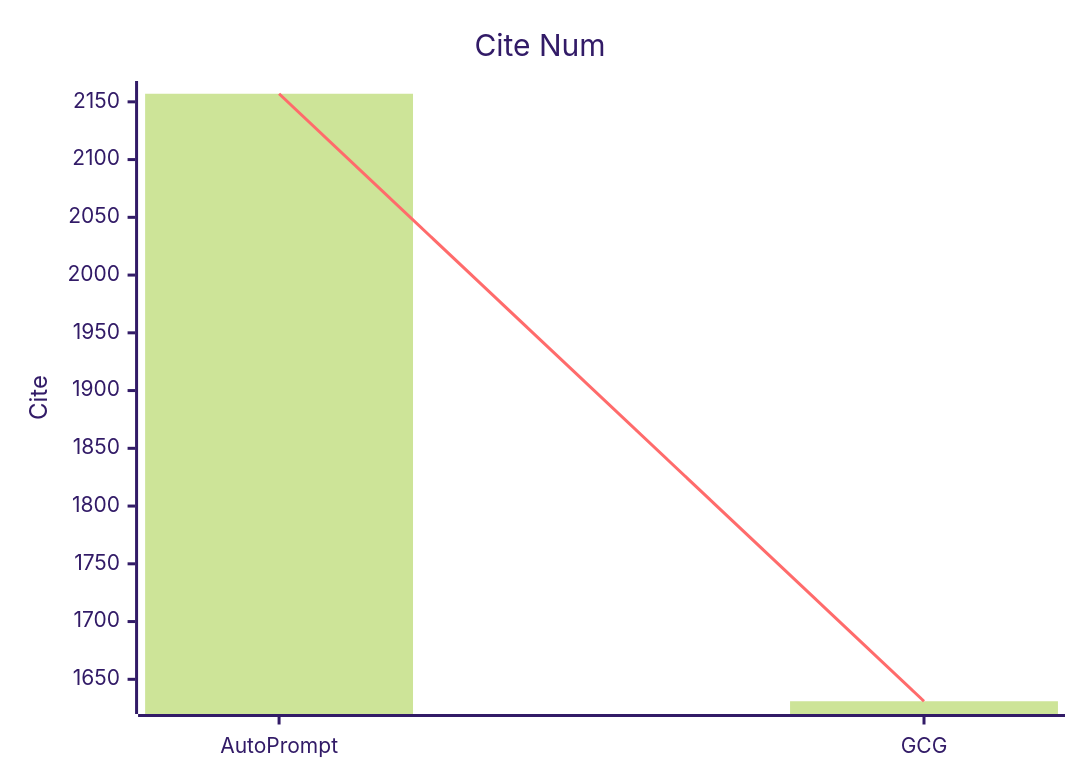
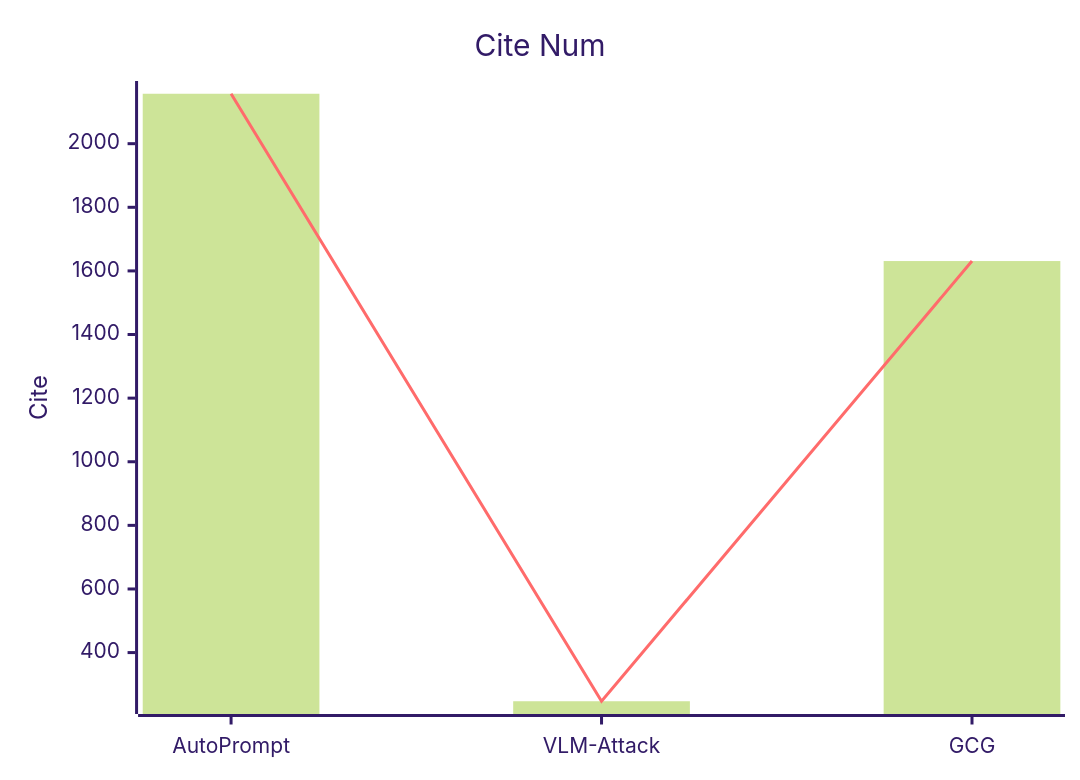
Before and after one commit to Elephant-King9/Paper: the fifth of 5 diagrams in Attack/Jailbreak/analyse.md, drawn with Mermaid (forest theme). The commit also changed other lines of this file and 5 other files, not shown here.

````diff
--- a/Attack/Jailbreak/analyse.md
+++ b/Attack/Jailbreak/analyse.md
@@ -48,8 +59,8 @@
 ```mermaid
     xychart-beta
     title "Cite Num"
-    x-axis [AutoPrompt,GCG]
+    x-axis [AutoPrompt,VLM-Attack,GCG]
     y-axis "Cite" 
-    bar [2157, 1631]
-    line [2157, 1631]
+    bar [2157, 247, 1631]
+    line [2157, 247,1631]
 ```
````
